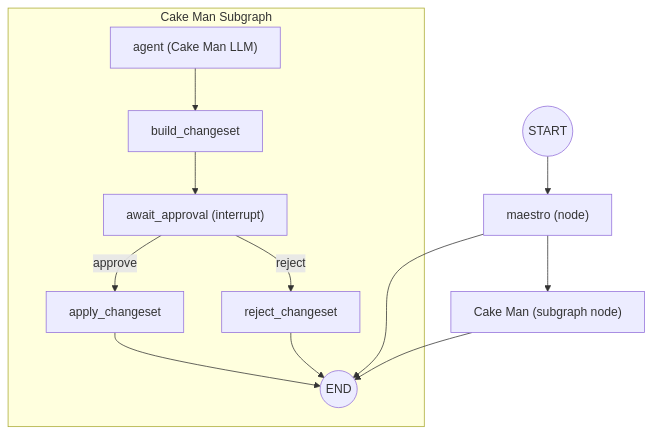
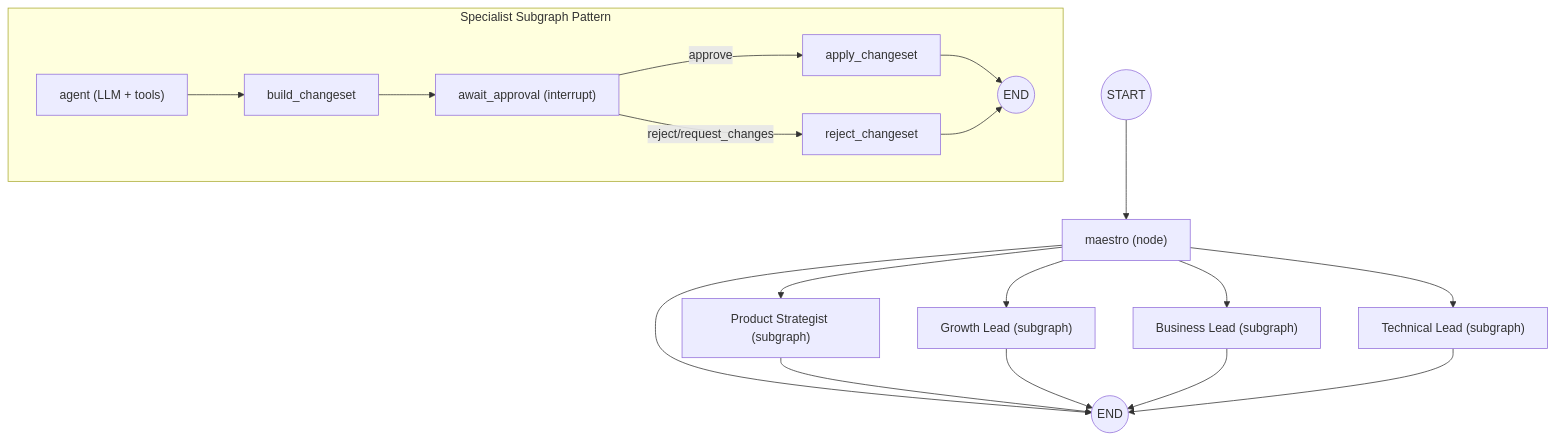
The diagram in docs/05-agent-graph.md (raj-pulapakura/idea-maestro), drawn with Mermaid before and after one commit. The commit also changed other lines of this file and 22 other files, not shown here.

````diff
--- a/docs/05-agent-graph.md
+++ b/docs/05-agent-graph.md
@@ -8,19 +7,20 @@
 ```mermaid
 flowchart TD
   START((START)) --> M["maestro (node)"]
   M --> END((END))
-  M --> CM["Cake Man (subgraph node)"]
-  CM --> END
+  M --> PS["Product Strategist (subgraph)"]
+  M --> GL["Growth Lead (subgraph)"]
+  M --> BL["Business Lead (subgraph)"]
+  M --> TL["Technical Lead (subgraph)"]
 
-  subgraph Cake Man Subgraph
-    CMA["agent (Cake Man LLM)"]
-    CMB["build_changeset"]
-    CMC["await_approval (interrupt)"]
-    CMD["apply_changeset"]
-    CMR["reject_changeset"]
+  PS --> END
+  GL --> END
+  BL --> END
+  TL --> END
 
-    CMA --> CMB --> CMC
-    CMC -- approve --> CMD --> END
-    CMC -- reject --> CMR --> END
+  subgraph Specialist Subgraph Pattern
+    A["agent (LLM + tools)"] --> B["build_changeset"] --> C["await_approval (interrupt)"]
+    C -- approve --> D["apply_changeset"] --> E((END))
+    C -- reject/request_changes --> F["reject_changeset"] --> E
   end
 ```
````
